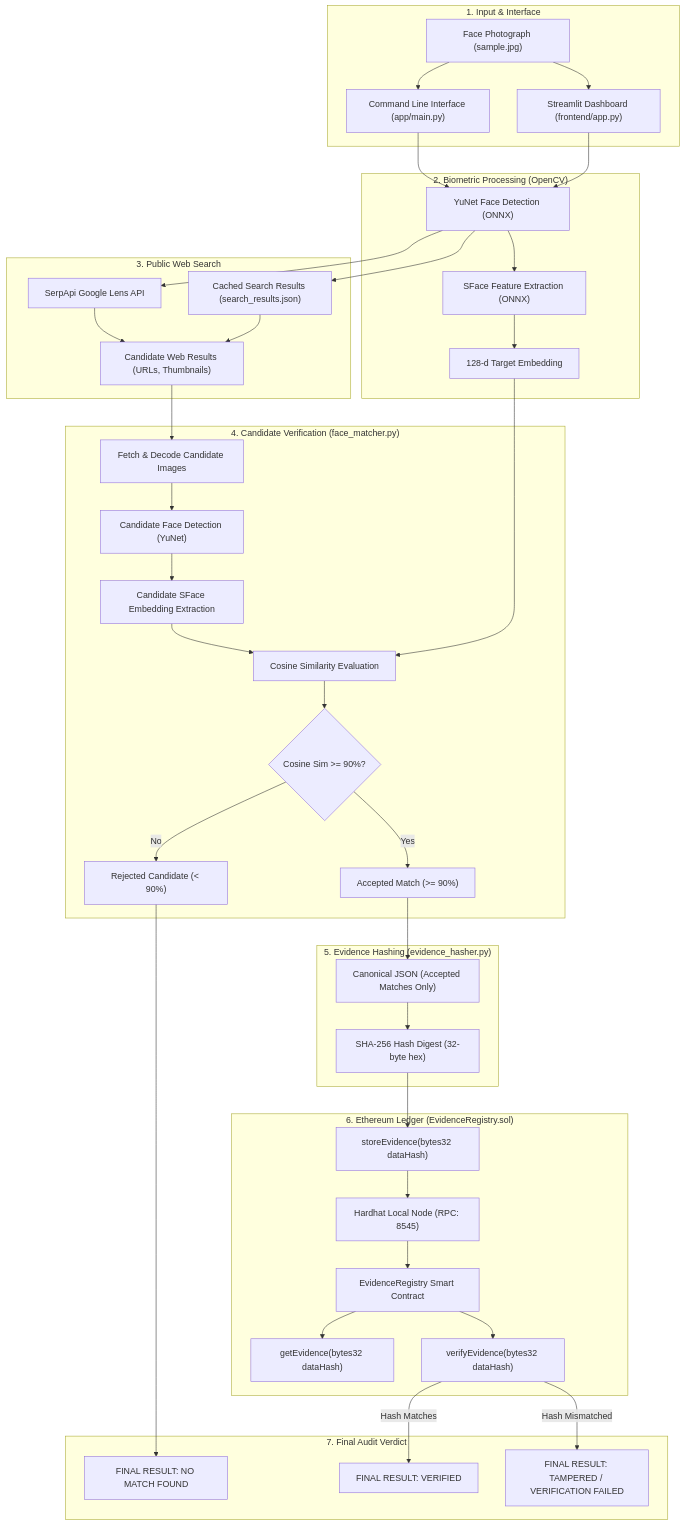
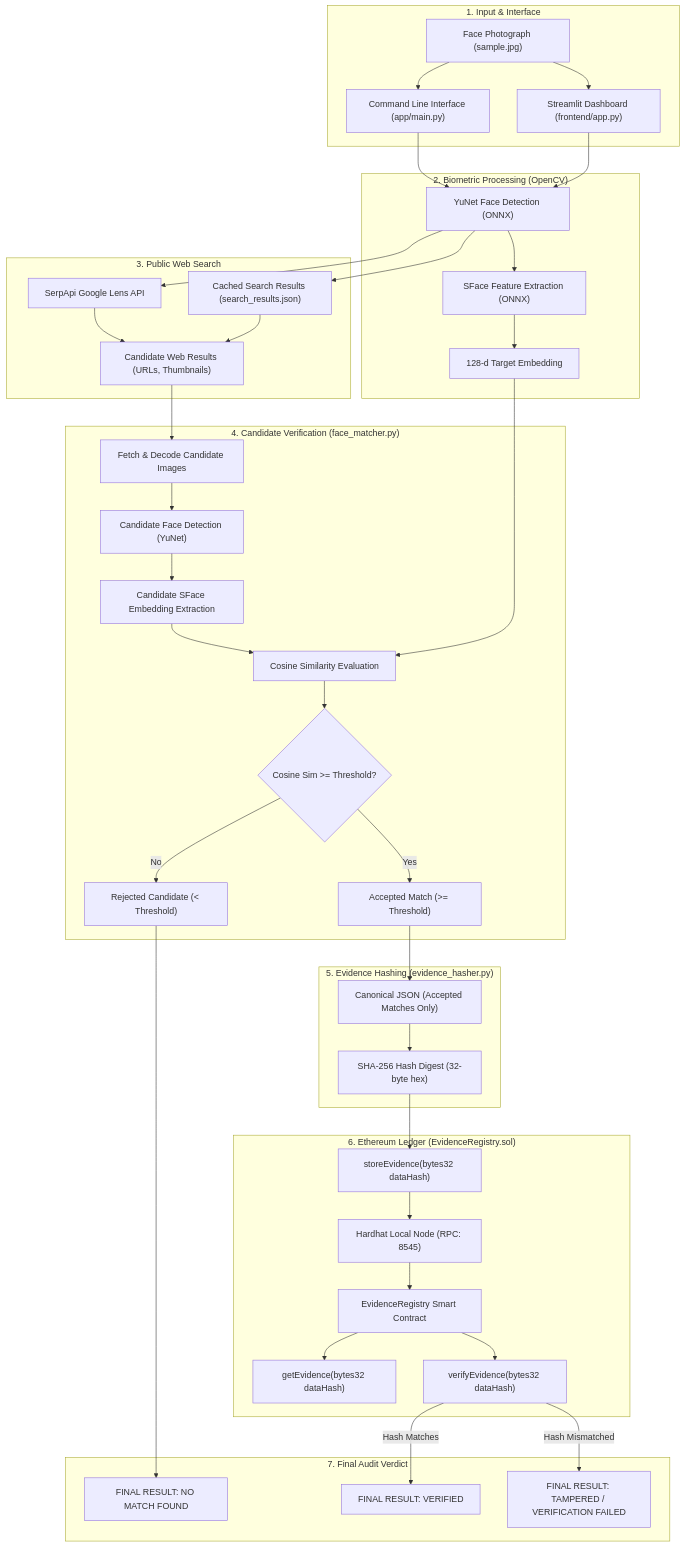
One commit to JinayPatel15/Face-Identification-Blockchain-Verification changed the diagram in README.md. Above: the diagram before and after it, drawn with Mermaid. The commit also changed other lines of this file and 8 other files, not shown here.

````diff
--- a/README.md
+++ b/README.md
@@ -121,62 +121,62 @@
 ```mermaid
 flowchart TD
     subgraph ClientLayer ["1. Input & Interface"]
         A["Face Photograph (sample.jpg)"]
         UI["Streamlit Dashboard (frontend/app.py)"]
         CLI["Command Line Interface (app/main.py)"]
     end
 
     subgraph BiometricLayer ["2. Biometric Processing (OpenCV)"]
         Y["YuNet Face Detection (ONNX)"]
         S["SFace Feature Extraction (ONNX)"]
         EMB["128-d Target Embedding"]
     end
 
     subgraph WebSearchLayer ["3. Public Web Search"]
         LENS["SerpApi Google Lens API"]
         CACHE["Cached Search Results (search_results.json)"]
         CAND["Candidate Web Results (URLs, Thumbnails)"]
     end
 
     subgraph MatchingLayer ["4. Candidate Verification (face_matcher.py)"]
         DL["Fetch & Decode Candidate Images"]
         CFD["Candidate Face Detection (YuNet)"]
         CSFace["Candidate SFace Embedding Extraction"]
         COS["Cosine Similarity Evaluation"]
-        THRESH{"Cosine Sim >= 90%?"}
-        REJ["Rejected Candidate (< 90%)"]
-        ACC["Accepted Match (>= 90%)"]
+        THRESH{"Cosine Sim >= Threshold?"}
+        REJ["Rejected Candidate (< Threshold)"]
+        ACC["Accepted Match (>= Threshold)"]
     end
 
     subgraph EvidenceLayer ["5. Evidence Hashing (evidence_hasher.py)"]
         CANON["Canonical JSON (Accepted Matches Only)"]
         SHA["SHA-256 Hash Digest (32-byte hex)"]
     end
 
     subgraph BlockchainLayer ["6. Ethereum Ledger (EvidenceRegistry.sol)"]
         NODE["Hardhat Local Node (RPC: 8545)"]
         CONTRACT["EvidenceRegistry Smart Contract"]
         STORE["storeEvidence(bytes32 dataHash)"]
         GET["getEvidence(bytes32 dataHash)"]
         VERIFY["verifyEvidence(bytes32 dataHash)"]
     end
 
     subgraph OutputLayer ["7. Final Audit Verdict"]
         V_NO["FINAL RESULT: NO MATCH FOUND"]
         V_OK["FINAL RESULT: VERIFIED"]
         V_FAIL["FINAL RESULT: TAMPERED / VERIFICATION FAILED"]
     end
 
     A --> CLI & UI
     CLI & UI --> Y
     Y --> S --> EMB
     Y --> LENS & CACHE --> CAND
     CAND --> DL --> CFD --> CSFace --> COS --> THRESH
     EMB --> COS
     THRESH -- No --> REJ --> V_NO
     THRESH -- Yes --> ACC --> CANON --> SHA
     SHA --> STORE --> NODE --> CONTRACT
     CONTRACT --> GET & VERIFY
     VERIFY -- "Hash Matches" --> V_OK
     VERIFY -- "Hash Mismatched" --> V_FAIL
 ```
````
